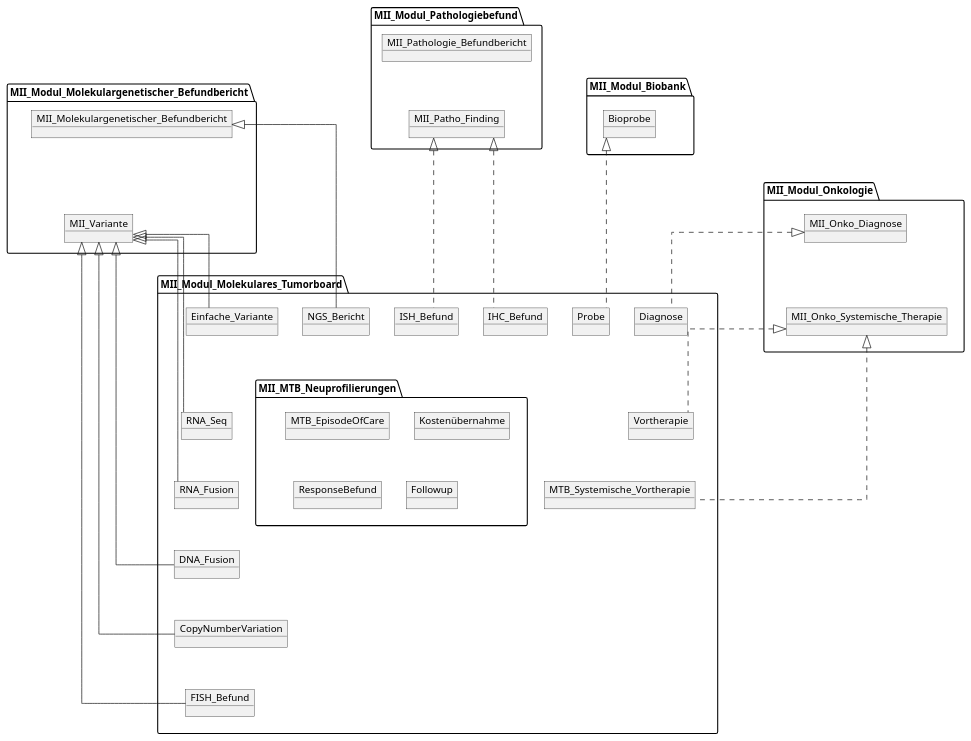
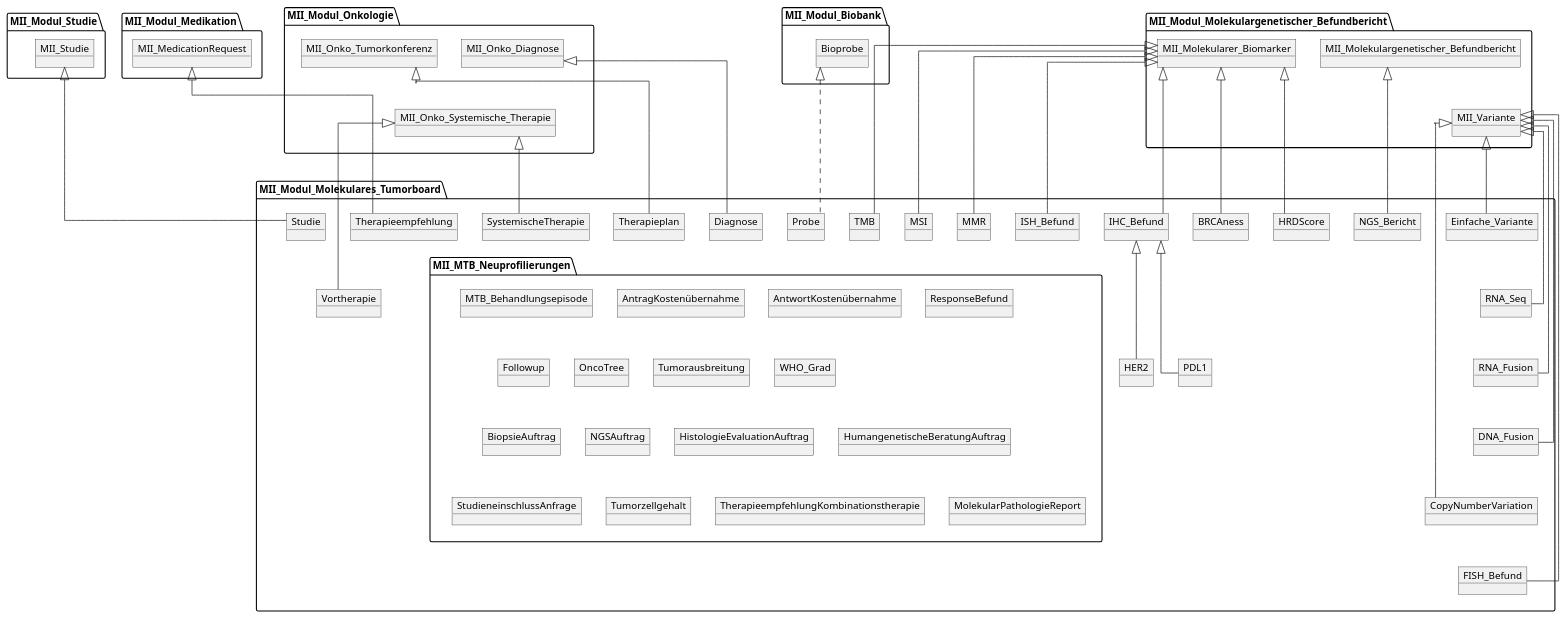
One commit to medizininformatik-initiative/kerndatensatzmodul-molekulares-tumorboard changed the diagram in information-model/MII_MTB_Overview.pu. Above: the diagram before and after it, drawn with PlantUML.

Commit message:
Updated Overview

```diff
--- a/information-model/MII_MTB_Overview.pu
+++ b/information-model/MII_MTB_Overview.pu
@@ -1,85 +1,131 @@
 @startuml MII_MTB_Overview
 skinparam Linetype ortho
 'skinparam linetype polyline
 
 package MII_Modul_Biobank {
  object Bioprobe
 
 }
 
-package MII_Modul_Pathologiebefund {
-    object MII_Pathologie_Befundbericht
-    object MII_Patho_Finding
-    MII_Pathologie_Befundbericht -[hidden]down- MII_Patho_Finding
+' package MII_Modul_Pathologiebefund {
+'     object MII_Pathologie_Befundbericht
+'     ' object MII_Patho_Finding
+'     object MII_Patho_Service_Request
+'     MII_Pathologie_Befundbericht -[hidden]down- MII_Patho_Finding
    
+' }
+
+package MII_Modul_Studie {
+    object MII_Studie
+}
+
+package MII_Modul_Medikation {
+    object MII_MedicationRequest
 }
 
 package MII_Modul_Molekulargenetischer_Befundbericht {
-object MII_Molekulargenetischer_Befundbericht
-object MII_Variante
+    object MII_Molekulargenetischer_Befundbericht
+    object MII_Variante
+    object MII_Molekularer_Biomarker
 }
+
 package MII_Modul_Onkologie {
     object MII_Onko_Diagnose
     object MII_Onko_Systemische_Therapie
+    object MII_Onko_Tumorkonferenz
 }
 
 package MII_Modul_Molekulares_Tumorboard {
     object Probe
     Bioprobe <|... Probe
 
     object IHC_Befund
     object ISH_Befund
-    MII_Patho_Finding <|... IHC_Befund 
-    MII_Patho_Finding <|... ISH_Befund  
+    ' MII_Patho_Finding <|--- IHC_Befund 
+    ' MII_Patho_Finding <|... ISH_Befund  
+    MII_Molekularer_Biomarker <|--- IHC_Befund 
+    MII_Molekularer_Biomarker <|--- ISH_Befund  
 
     object NGS_Bericht 
     MII_Molekulargenetischer_Befundbericht <|-left-- NGS_Bericht
     MII_Molekulargenetischer_Befundbericht -[hidden]down- MII_Variante
 
     object Einfache_Variante
     object RNA_Seq
     object RNA_Fusion
     object DNA_Fusion
     object CopyNumberVariation
     object FISH_Befund
+    object Studie
+    object Therapieplan
+    object Therapieempfehlung
+    object SystemischeTherapie
+    object BRCAness
+    object HRDScore
+    object TMB
+    object MSI
+    object MMR
+    object PDL1
+    object HER2
 
+    IHC_Befund <|--- PDL1
+    IHC_Befund <|--- HER2
+    MII_Molekularer_Biomarker <|--- MSI
+    MII_Molekularer_Biomarker <|--- MMR
+    MII_Molekularer_Biomarker <|--- TMB
+    MII_Molekularer_Biomarker <|--- BRCAness
+    MII_Molekularer_Biomarker <|--- HRDScore
+    MII_MedicationRequest <|--- Therapieempfehlung
+    MII_Onko_Tumorkonferenz <|--- Therapieplan
+    MII_Studie <|--- Studie
     MII_Variante <|--- Einfache_Variante
     MII_Variante <|--- RNA_Seq
     MII_Variante <|--- RNA_Fusion
     MII_Variante <|--- DNA_Fusion
     MII_Variante <|--- CopyNumberVariation
     MII_Variante <|--- FISH_Befund
     Einfache_Variante -[hidden]down- RNA_Seq
     RNA_Seq -[hidden]down- RNA_Fusion
     RNA_Fusion -[hidden]down- DNA_Fusion
     DNA_Fusion -[hidden]down- CopyNumberVariation
     CopyNumberVariation -[hidden]down- FISH_Befund
 
     object Diagnose
     object Vortherapie
-    object MTB_Systemische_Vortherapie
-    MII_Onko_Diagnose <|... Diagnose
-    MII_Onko_Systemische_Therapie <|... Vortherapie
-    MII_Onko_Systemische_Therapie <|... MTB_Systemische_Vortherapie
+    MII_Onko_Diagnose <|--- Diagnose
+    MII_Onko_Systemische_Therapie <|--- SystemischeTherapie
+    MII_Onko_Systemische_Therapie <|--- Vortherapie
     ISH_Befund -[hidden]right- IHC_Befund 
     Diagnose  -[hidden]down-Vortherapie
-    Vortherapie -[hidden]down- MTB_Systemische_Vortherapie
     
 
 
 package MII_MTB_Neuprofilierungen {
-    object MTB_EpisodeOfCare
-    object Kostenübernahme
+    object MTB_Behandlungsepisode
+    object AntragKostenübernahme
+    object AntwortKostenübernahme
     object ResponseBefund
     object Followup
-    }
+    object OncoTree
+    object Tumorausbreitung
+    object WHO_Grad
+    object BiopsieAuftrag
+    object NGSAuftrag
+    object HistologieEvaluationAuftrag
+    object HumangenetischeBeratungAuftrag
+    object StudieneinschlussAnfrage
+    object Tumorzellgehalt
+    object TherapieempfehlungKombinationstherapie
+    object MolekularPathologieReport 
+}
+
 
 ISH_Befund -[hidden]down- MII_MTB_Neuprofilierungen
 }
 MII_Modul_Biobank -[hidden]left-  MII_Modul_Molekulares_Tumorboard
+
 MII_Modul_Onkologie -[hidden]left-  MII_Modul_Molekulares_Tumorboard
-MII_Modul_Onkologie -[hidden]left-  MTB_Systemische_Vortherapie
 MII_Modul_Onkologie -[hidden]left-   Diagnose
 MII_Onko_Diagnose -[hidden]down- MII_Onko_Systemische_Therapie
 
 @enduml
```
